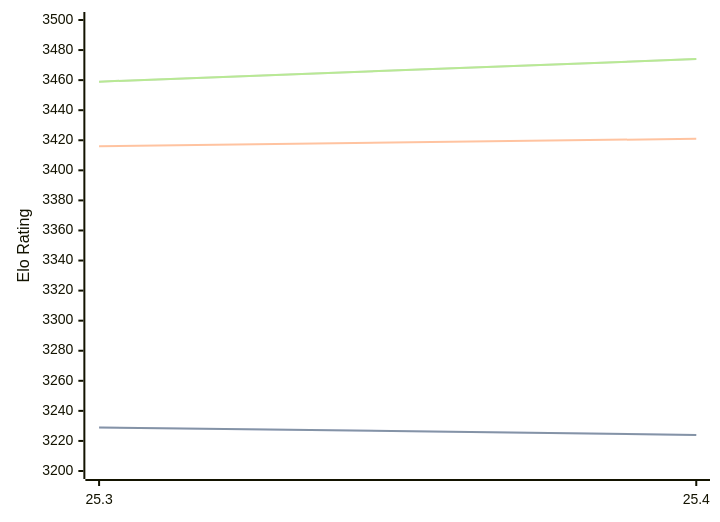
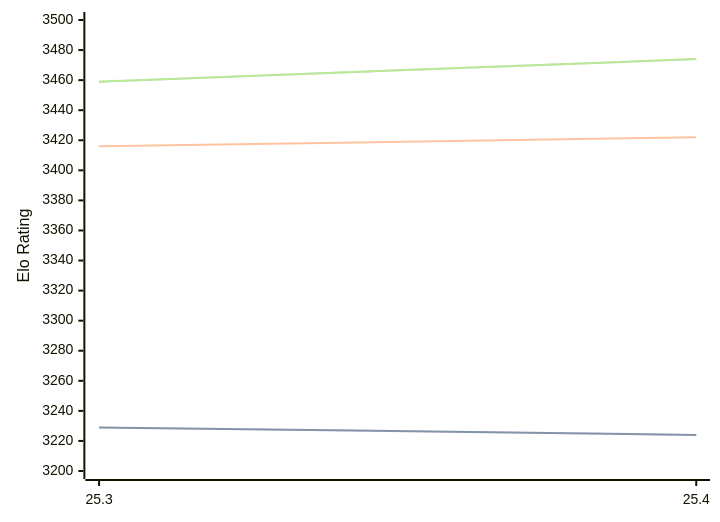
The diagram in engines/Arasan.md (computer-chess-index/cci), drawn with Mermaid before and after one commit. The commit also changed other lines of this file, not shown here.

````diff
--- a/engines/Arasan.md
+++ b/engines/Arasan.md
@@ -33,11 +33,11 @@
 ```mermaid
 %%{init: {"theme":"base","themeVariables":{"seriesColors:['#a3a3a3','#222221','#faa371']}}}%%
 xychart-beta
   x-axis ["25.3", "25.4"]
   y-axis "Elo Rating" 3200 --> 3500
   line "STC (8.0+0.08s)" [3229, 3224]
   line "STC (8.0+0.08s)" [3229, 3224]
-  line "LTC (60.0+0.60s)" [3416, 3421]
+  line "LTC (60.0+0.60s)" [3416, 3422]
   line "VLTC (2m24s+1.12s)" [3459, 3474]
   line "VLTC (2m24s+1.12s)" [3459, 3474]
 ```
````
